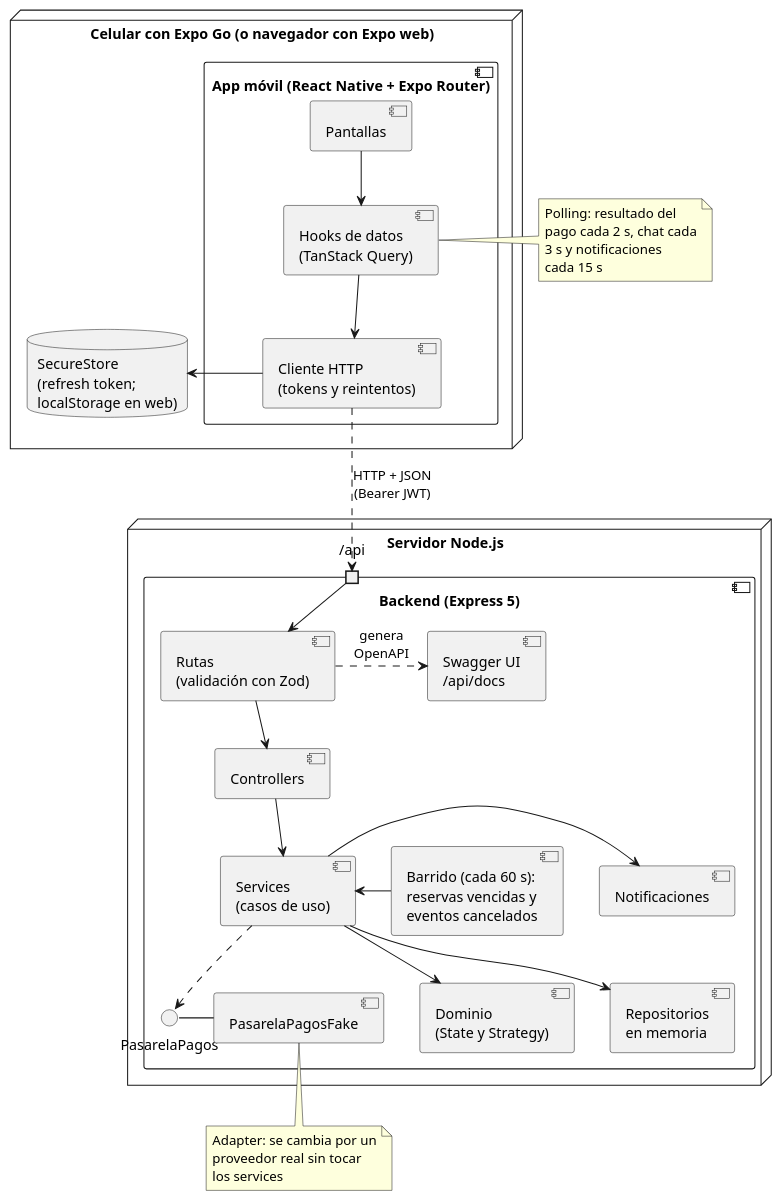
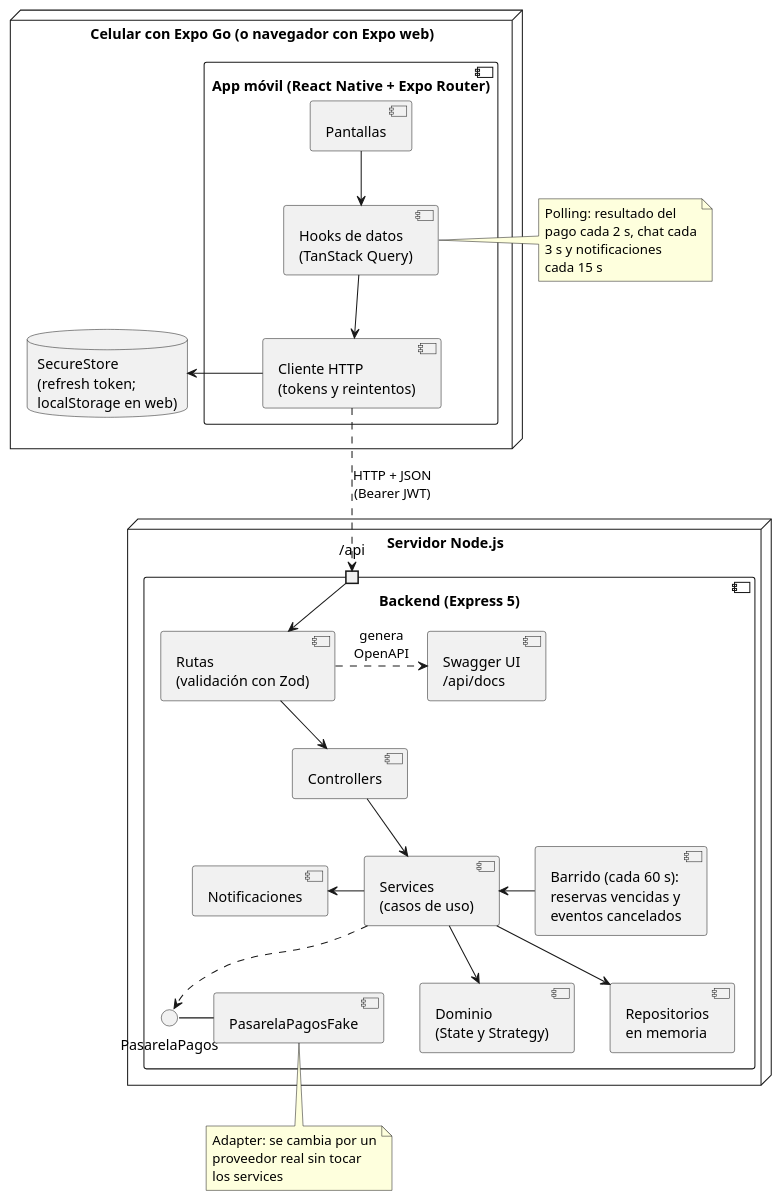
The diagram in docs/diagramas/arquitectura.puml (tomasmuller1/ai-ticket-it), drawn with PlantUML before and after one commit. The commit also changed 7 other files, not shown here.

Commit message:
docs: ordenar el diagrama de clases y precisar los avisos al organizador

```diff
--- a/docs/diagramas/arquitectura.puml
+++ b/docs/diagramas/arquitectura.puml
@@ -1,65 +1,65 @@
 @startuml arquitectura
 ' Diagrama de componentes de AI Ticket It, en PlantUML como el diagrama de clases del enunciado.
-' Para regenerar el SVG: java -jar plantuml.jar -tsvg docs/diagramas/arquitectura.puml
+' Para regenerar el SVG: java -Djava.awt.headless=true -jar plantuml.jar -tsvg docs/diagramas/arquitectura.puml
 ' (también sirven la extensión PlantUML de VS Code o el plugin de IntelliJ).
 
 skinparam componentStyle uml2
 skinparam shadowing false
 skinparam nodesep 35
 skinparam ranksep 45
 
 node "Celular con Expo Go (o navegador con Expo web)" as dispositivo {
   component "App móvil (React Native + Expo Router)" as app {
     component "Pantallas" as pantallas
     component "Hooks de datos\n(TanStack Query)" as hooks
     component "Cliente HTTP\n(tokens y reintentos)" as cliente
   }
   database "SecureStore\n(refresh token;\nlocalStorage en web)" as secure
 }
 
 node "Servidor Node.js" as servidor {
   component "Backend (Express 5)" as backend {
     portin "/api" as api
     component "Rutas\n(validación con Zod)" as rutas
     component "Swagger UI\n/api/docs" as swagger
     component "Controllers" as controllers
     component "Services\n(casos de uso)" as services
     component "Notificaciones" as notificaciones
     component "Barrido (cada 60 s):\nreservas vencidas y\neventos cancelados" as barrido
     component "Dominio\n(State y Strategy)" as dominio
     component "Repositorios\nen memoria" as repos
     interface "PasarelaPagos" as pasarela
     component "PasarelaPagosFake" as fake
   }
 }
 
 pantallas -down-> hooks
 hooks -down-> cliente
 cliente -right-> secure
 cliente .down.> api : HTTP + JSON\n(Bearer JWT)
 api -down-> rutas
 
 rutas .right.> swagger : genera\nOpenAPI
 rutas -down-> controllers
 controllers -down-> services
 barrido -left-> services
-services -right-> notificaciones
+services -left-> notificaciones
 services -down-> dominio
 services -down-> repos
 services .down.> pasarela
 fake -left- pasarela
 
 note left of hooks
   Polling: resultado del
   pago cada 2 s, chat cada
   3 s y notificaciones
   cada 15 s
 end note
 
 note bottom of fake
   Adapter: se cambia por un
   proveedor real sin tocar
   los services
 end note
 
 @enduml
```
